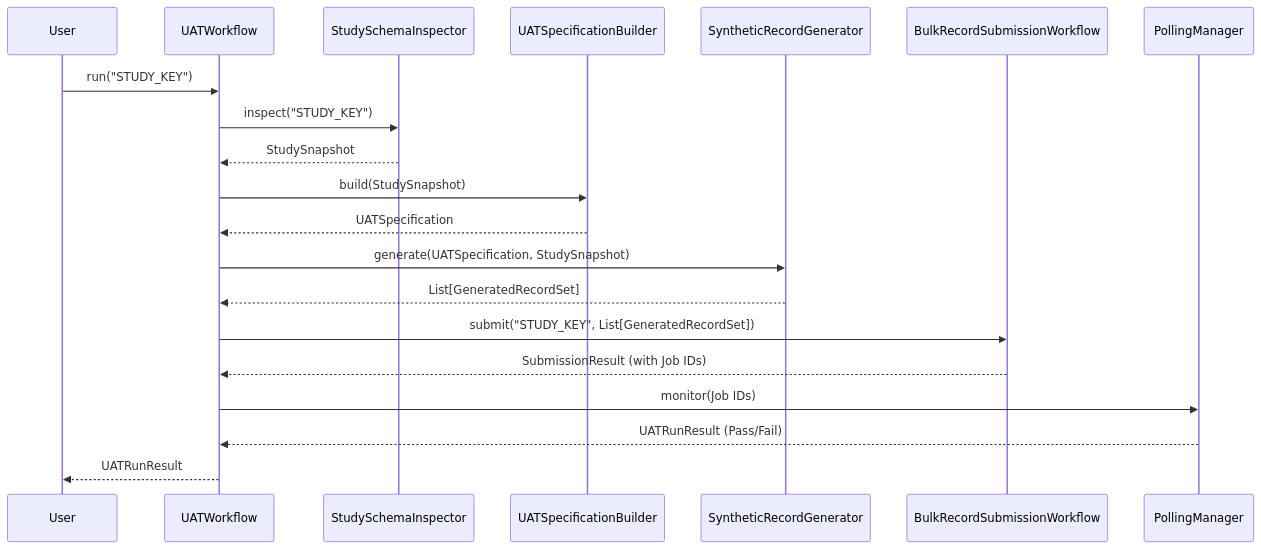
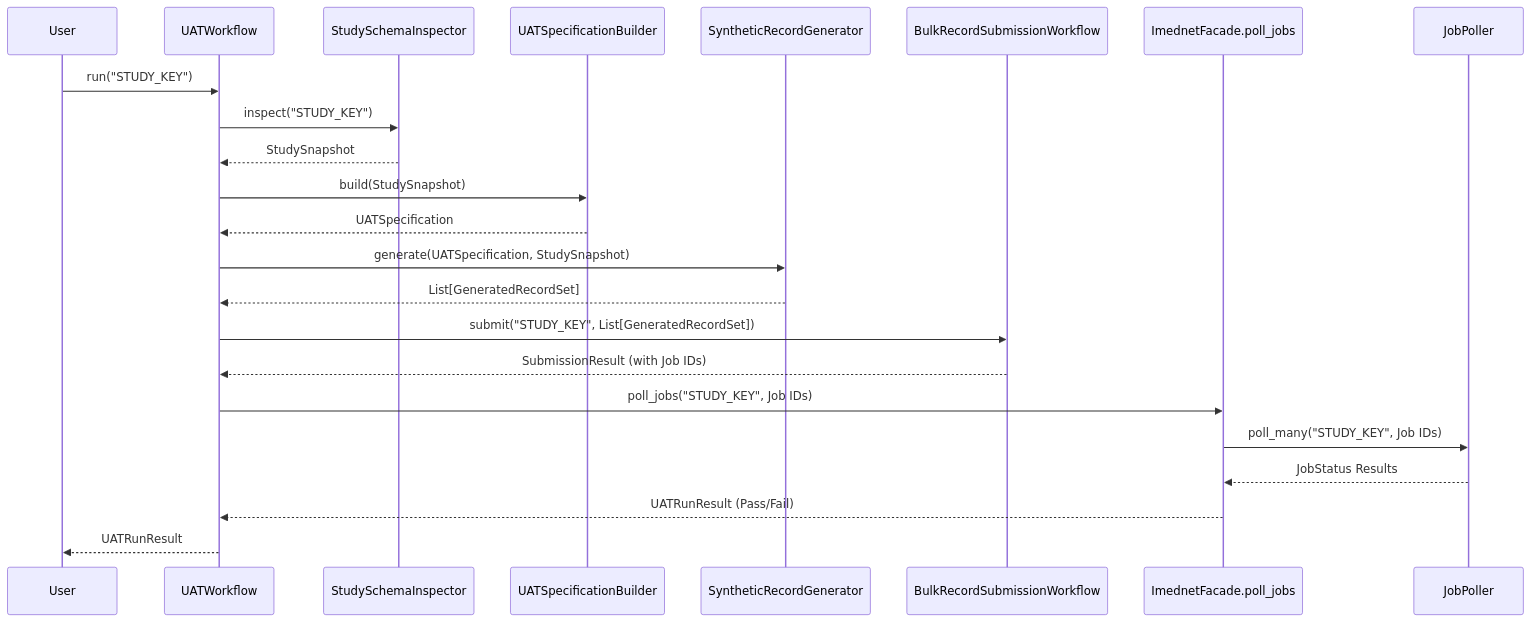
Before and after one commit to fderuiter/imednet-toolkit: the diagram in docs/how-to/workflows/uat_workflow.rst, drawn with Mermaid. The commit also changed 31 other files, not shown here.

```diff
--- a/docs/how-to/workflows/uat_workflow.rst
+++ b/docs/how-to/workflows/uat_workflow.rst
@@ -11,25 +11,28 @@
 .. mermaid::
 
     sequenceDiagram
         accTitle: End-to-End UAT Workflow Orchestration Sequence
-        accDescr: Sequence across User, UATWorkflow, StudySchemaInspector, UATSpecificationBuilder, SyntheticRecordGenerator, BulkRecordSubmissionWorkflow, and PollingManager
+        accDescr: Sequence across User, UATWorkflow, StudySchemaInspector, UATSpecificationBuilder, SyntheticRecordGenerator, BulkRecordSubmissionWorkflow, ImednetFacade.poll_jobs, and JobPoller
         participant User
         participant Orchestrator as UATWorkflow
         participant Inspector as StudySchemaInspector
         participant Builder as UATSpecificationBuilder
         participant Generator as SyntheticRecordGenerator
         participant Submitter as BulkRecordSubmissionWorkflow
-        participant Poller as PollingManager
+        participant Facade as ImednetFacade.poll_jobs
+        participant Poller as JobPoller
 
         User->>Orchestrator: run("STUDY_KEY")
         Orchestrator->>Inspector: inspect("STUDY_KEY")
         Inspector-->>Orchestrator: StudySnapshot
         Orchestrator->>Builder: build(StudySnapshot)
         Builder-->>Orchestrator: UATSpecification
         Orchestrator->>Generator: generate(UATSpecification, StudySnapshot)
         Generator-->>Orchestrator: List[GeneratedRecordSet]
         Orchestrator->>Submitter: submit("STUDY_KEY", List[GeneratedRecordSet])
         Submitter-->>Orchestrator: SubmissionResult (with Job IDs)
-        Orchestrator->>Poller: monitor(Job IDs)
-        Poller-->>Orchestrator: UATRunResult (Pass/Fail)
+        Orchestrator->>Facade: poll_jobs("STUDY_KEY", Job IDs)
+        Facade->>Poller: poll_many("STUDY_KEY", Job IDs)
+        Poller-->>Facade: JobStatus Results
+        Facade-->>Orchestrator: UATRunResult (Pass/Fail)
         Orchestrator-->>User: UATRunResult
```
